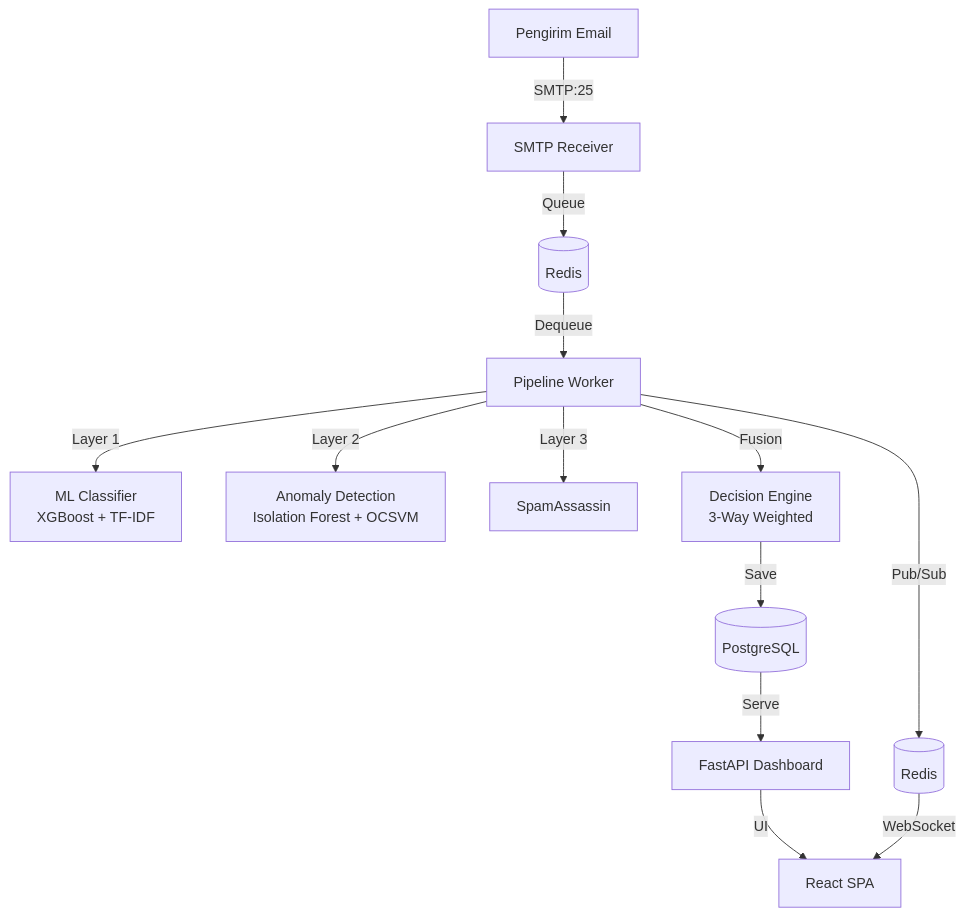
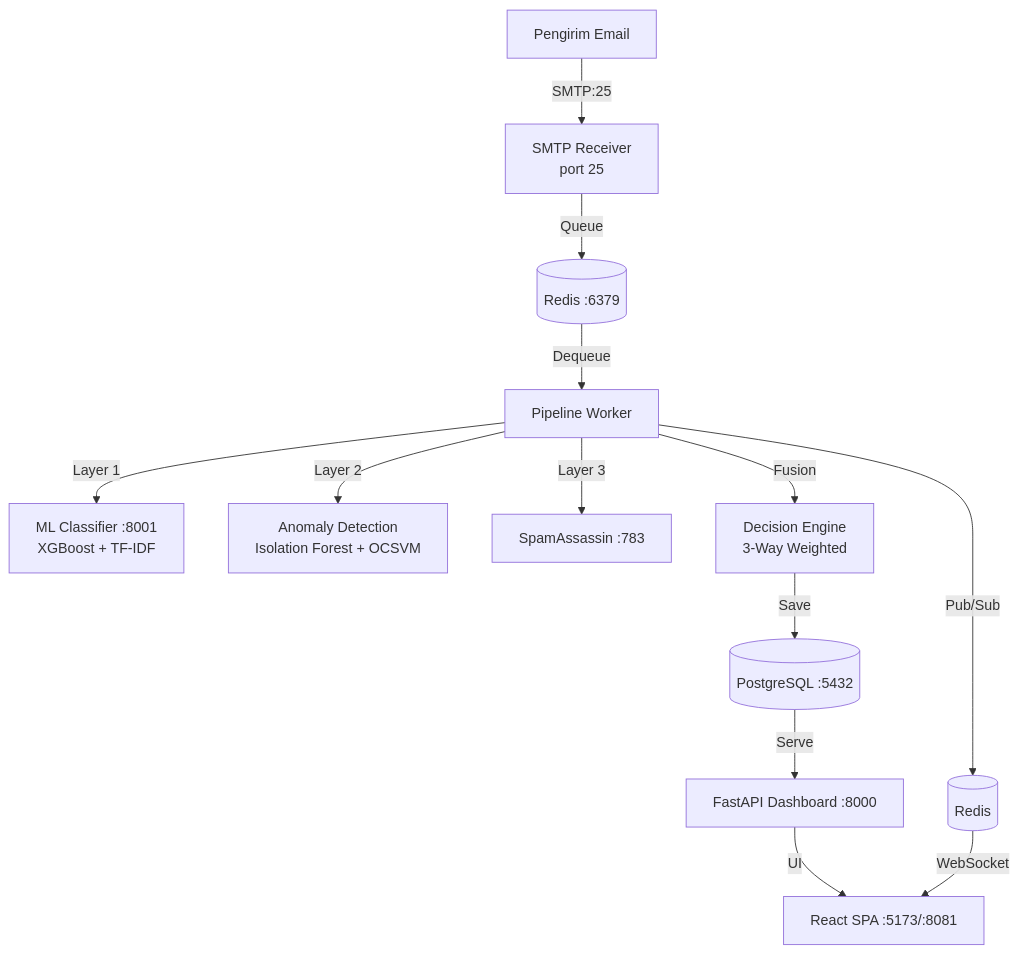
Before and after one commit to wi5nuu/ML-Powered-Anti-Phishing-and-Spam-Filtering: the first of 2 diagrams in docs/SYSTEM_WORKFLOW.md, drawn with Mermaid. The commit also changed other lines of this file, not shown here.

Commit message:
docs: perbarui dokumentasi sistem dengan detail fitur sidebar, API, database, dan alur lengkap

````diff
--- a/docs/SYSTEM_WORKFLOW.md
+++ b/docs/SYSTEM_WORKFLOW.md
@@ -5,15 +5,15 @@
 ```mermaid
 flowchart TB
-    Sender[Pengirim Email] -->|SMTP:25| SMTP[SMTP Receiver]
-    SMTP -->|Queue| Redis[(Redis)]
+    Sender[Pengirim Email] -->|SMTP:25| SMTP[SMTP Receiver<br/>port 25]
+    SMTP -->|Queue| Redis[(Redis :6379)]
     Redis -->|Dequeue| Worker[Pipeline Worker]
-    Worker -->|Layer 1| Classifier[ML Classifier<br/>XGBoost + TF-IDF]
+    Worker -->|Layer 1| Classifier[ML Classifier :8001<br/>XGBoost + TF-IDF]
     Worker -->|Layer 2| Anomaly[Anomaly Detection<br/>Isolation Forest + OCSVM]
-    Worker -->|Layer 3| SA[SpamAssassin]
+    Worker -->|Layer 3| SA[SpamAssassin :783]
     Worker -->|Fusion| Fusion[Decision Engine<br/>3-Way Weighted]
-    Fusion -->|Save| DB[(PostgreSQL)]
-    DB -->|Serve| API[FastAPI Dashboard]
-    API -->|UI| Frontend[React SPA]
+    Fusion -->|Save| DB[(PostgreSQL :5432)]
+    DB -->|Serve| API[FastAPI Dashboard :8000]
+    API -->|UI| Frontend[React SPA :5173/:8081]
     Worker -->|Pub/Sub| Redis2[(Redis)]
     Redis2 -->|WebSocket| Frontend
 ```
````
